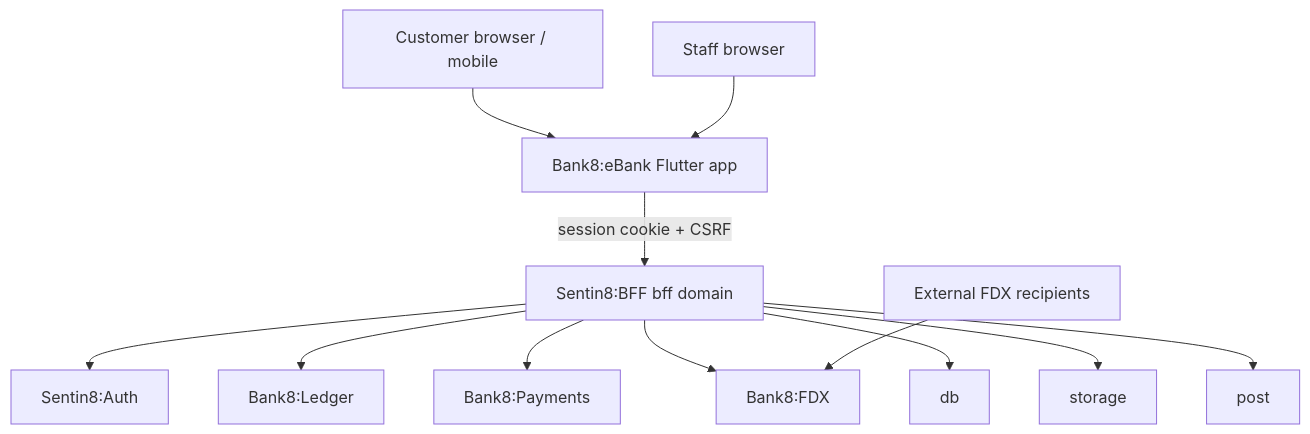
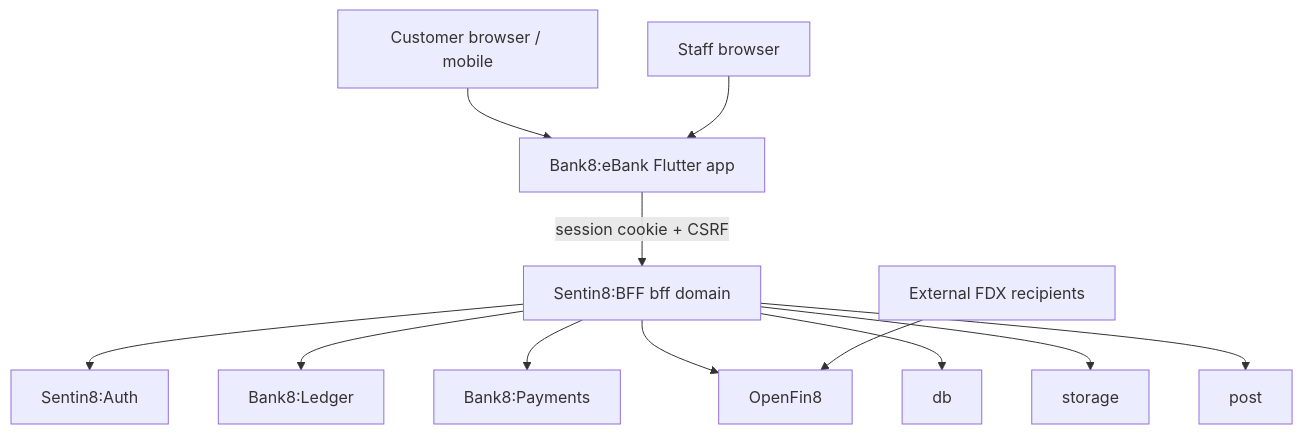
The first of 6 diagrams in docs/apps/ebank/design.md (Bank8-dev/bank8-site), drawn with Mermaid before and after one commit. The commit also changed other lines of this file and 4 other files, not shown here.

First line of the commit message:
refactor(FDXNAME-1): the open-banking vertical is OpenFin8 - the retired bank8-fdx name purged tree-wide

````diff
--- a/docs/apps/ebank/design.md
+++ b/docs/apps/ebank/design.md
@@ -31,14 +31,14 @@
 ```mermaid
 graph TD
     B[Customer browser / mobile] --> EB[Bank8:eBank Flutter app]
     ST[Staff browser] --> EB
     EB -->|session cookie + CSRF| BFF[Sentin8:BFF bff domain]
     BFF --> AUTH1[Sentin8:Auth]
     BFF --> LED[Bank8:Ledger]
     BFF --> PAY[Bank8:Payments]
-    BFF --> FDX[Bank8:FDX]
+    BFF --> FDX[OpenFin8]
     BFF --> DB[db]
     BFF --> STG[storage]
     BFF --> POST[post]
     REC[External FDX recipients] --> FDX
 ```
````
